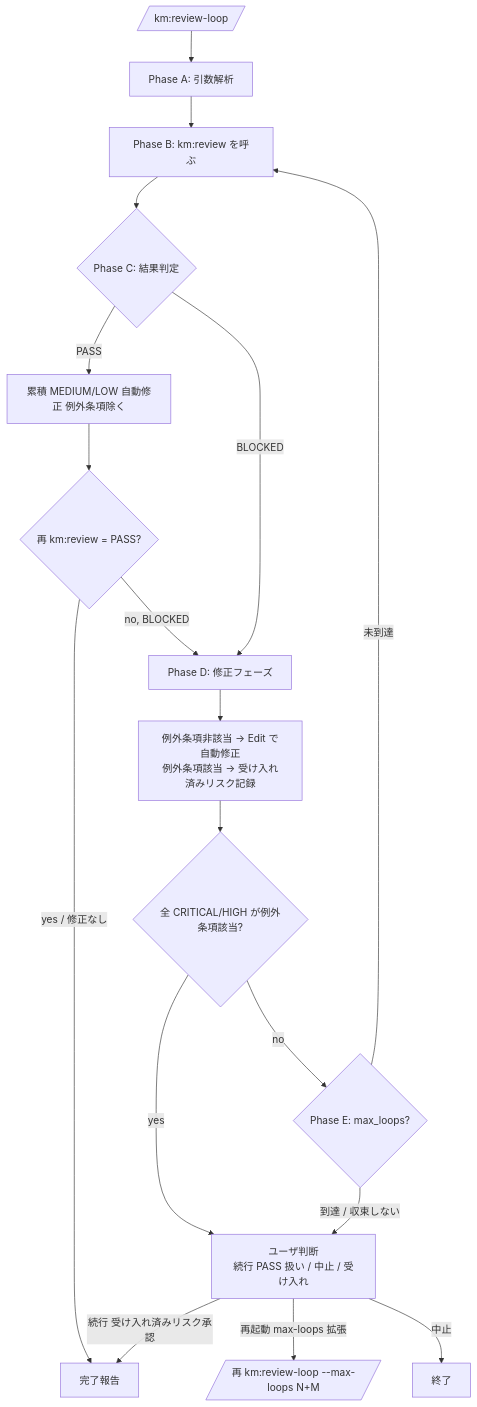
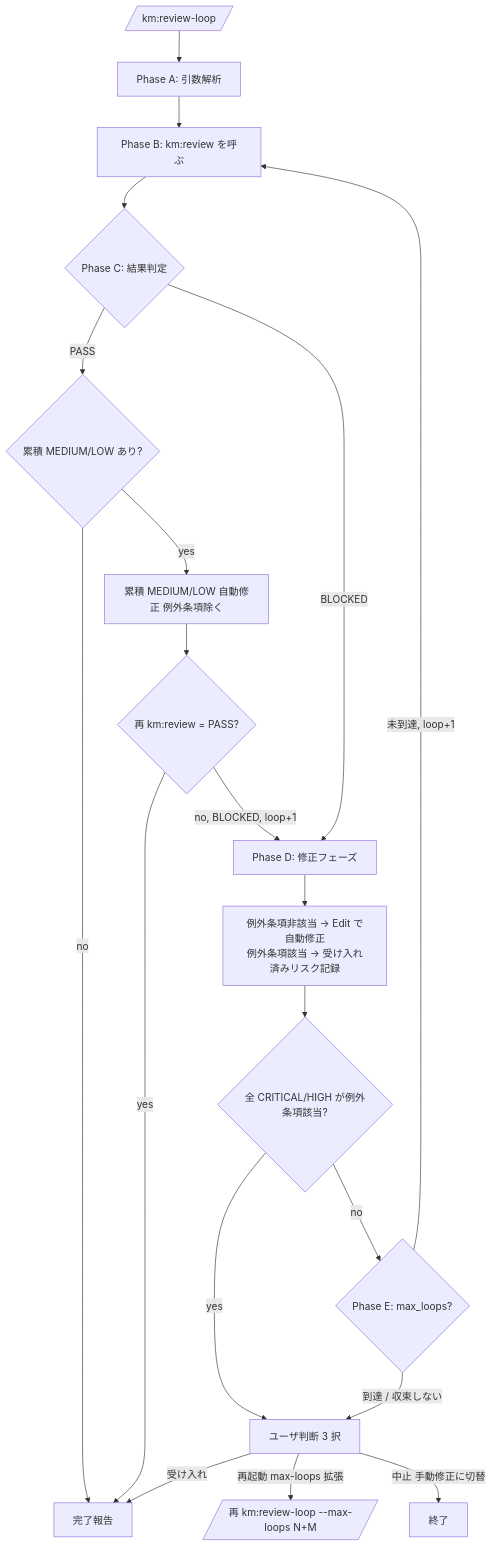
One commit to koumatsumoto/agent-config changed the diagram in templates/skills/review-loop/SKILL.md. Above: the diagram before and after it, drawn with Mermaid. The commit also changed other lines of this file and 6 other files, not shown here.

````diff
--- a/templates/skills/review-loop/SKILL.md
+++ b/templates/skills/review-loop/SKILL.md
@@ -150,20 +158,22 @@
 ```mermaid
 flowchart TD
   Start[/km:review-loop/] --> A[Phase A: 引数解析]
   A --> B[Phase B: km:review を呼ぶ]
   B --> C{Phase C: 結果判定}
-  C -->|PASS| FinalFix[累積 MEDIUM/LOW 自動修正 例外条項除く]
+  C -->|PASS| HasFix{累積 MEDIUM/LOW あり?}
+  HasFix -->|no| Done[完了報告]
+  HasFix -->|yes| FinalFix[累積 MEDIUM/LOW 自動修正 例外条項除く]
   FinalFix --> Recheck{再 km:review = PASS?}
-  Recheck -->|yes / 修正なし| Done[完了報告]
-  Recheck -->|no, BLOCKED| D
+  Recheck -->|yes| Done
+  Recheck -->|no, BLOCKED, loop+1| D
   C -->|BLOCKED| D[Phase D: 修正フェーズ]
   D --> AutoFix[例外条項非該当 → Edit で自動修正<br/>例外条項該当 → 受け入れ済みリスク記録]
   AutoFix --> AllException{全 CRITICAL/HIGH が例外条項該当?}
-  AllException -->|yes| User[ユーザ判断<br/>続行 PASS 扱い / 中止 / 受け入れ]
+  AllException -->|yes| User[ユーザ判断 3 択]
   AllException -->|no| E{Phase E: max_loops?}
-  E -->|未到達| B
+  E -->|未到達, loop+1| B
   E -->|到達 / 収束しない| User
-  User -->|続行 受け入れ済みリスク承認| Done
+  User -->|受け入れ| Done
   User -->|再起動 max-loops 拡張| Restart[/再 km:review-loop --max-loops N+M/]
-  User -->|中止| Abort[終了]
+  User -->|中止 手動修正に切替| Abort[終了]
 ```
````
